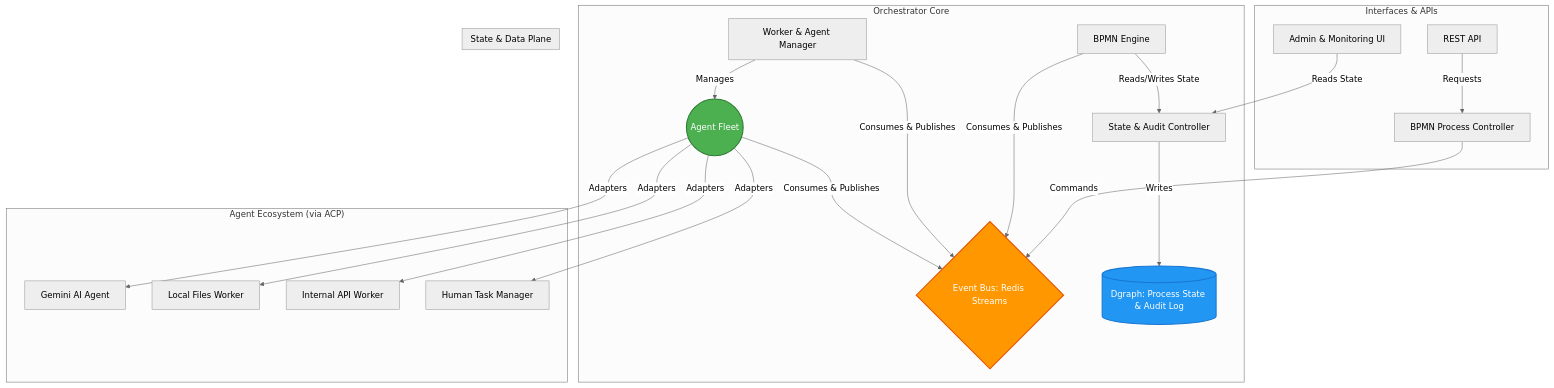
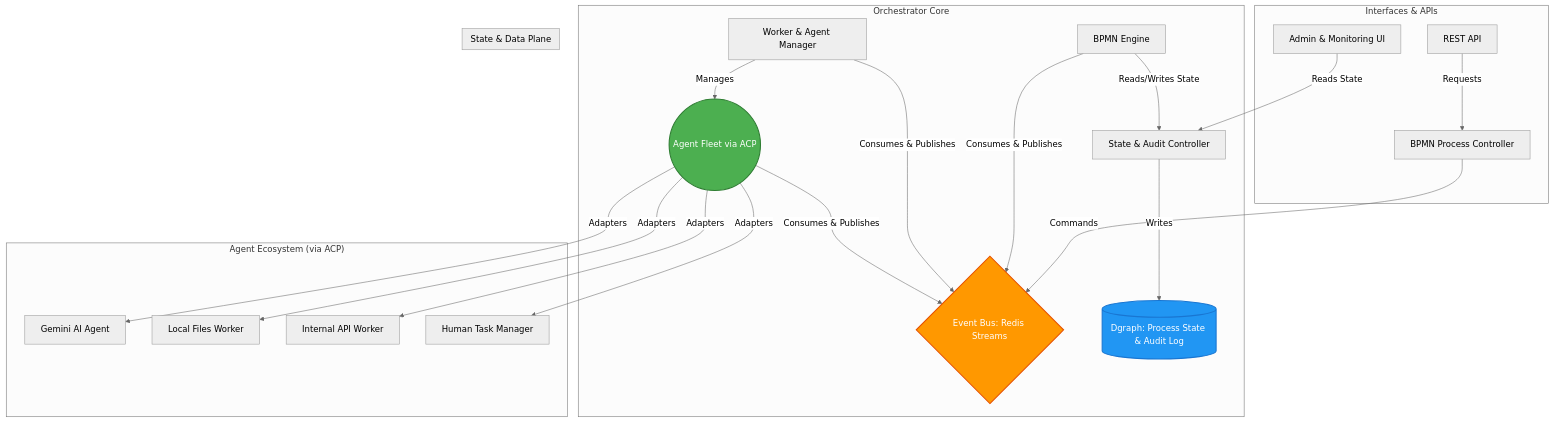
Before and after one commit to Independent-AI-Labs/AMI-ORCHESTRATOR: the diagram in README.md, drawn with Mermaid (neutral theme). The commit also changed other lines of this file, not shown here.

````diff
--- a/README.md
+++ b/README.md
@@ -19,35 +19,35 @@
 ```mermaid
 graph TD
     subgraph "Interfaces & APIs"
         A[REST API] -- Requests --> B
         B[BPMN Process Controller]
         U[Admin & Monitoring UI]
     end
 
     subgraph "Orchestrator Core"
         B -- Commands --> C{Event Bus: Redis Streams}
         D[BPMN Engine] -- Consumes & Publishes --> C
-        E[Worker & Agent Manager] -- Manages --> F((Agent Fleet))
+        E[Worker & Agent Manager] -- Manages --> F((Agent Fleet via ACP))
         E -- Consumes & Publishes --> C
         G[State & Audit Controller] -- Writes --> H
     end
 
     subgraph "State & Data Plane"
         H[(Dgraph: Process State & Audit Log)]
     end
 
     subgraph "Agent Ecosystem (via ACP)"
         F -- Consumes & Publishes --> C
         F -- Adapters --> I[Gemini AI Agent]
         F -- Adapters --> J[Local Files Worker]
         F -- Adapters --> K[Internal API Worker]
         F -- Adapters --> L[Human Task Manager]
     end
 
     D -- Reads/Writes State --> G
     U -- Reads State --> G
 
     style H fill:#2196F3,stroke:#1976D2,stroke-width:2px,color:#fff
     style C fill:#FF9800,stroke:#E65100,stroke-width:2px,color:#fff
     style F fill:#4CAF50,stroke:#2E7D32,stroke-width:2px,color:#fff
 ```
````
